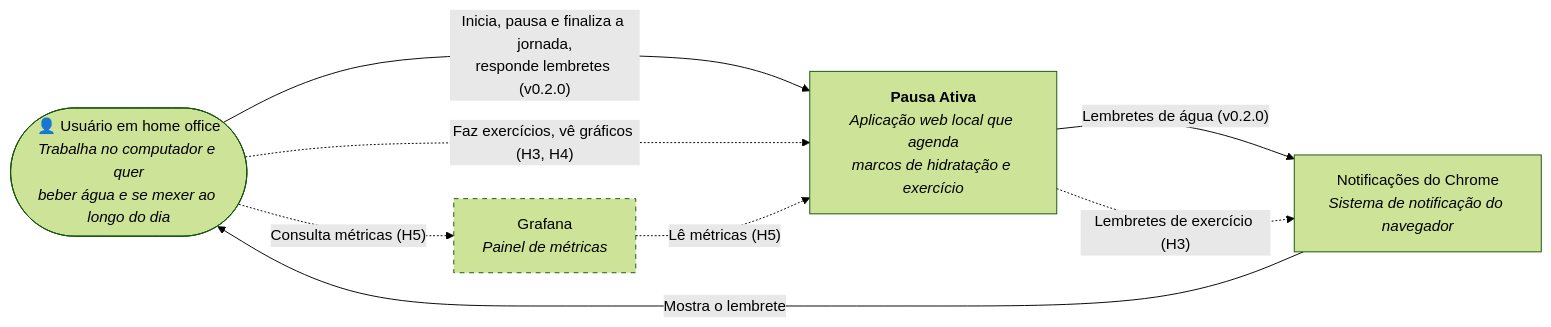
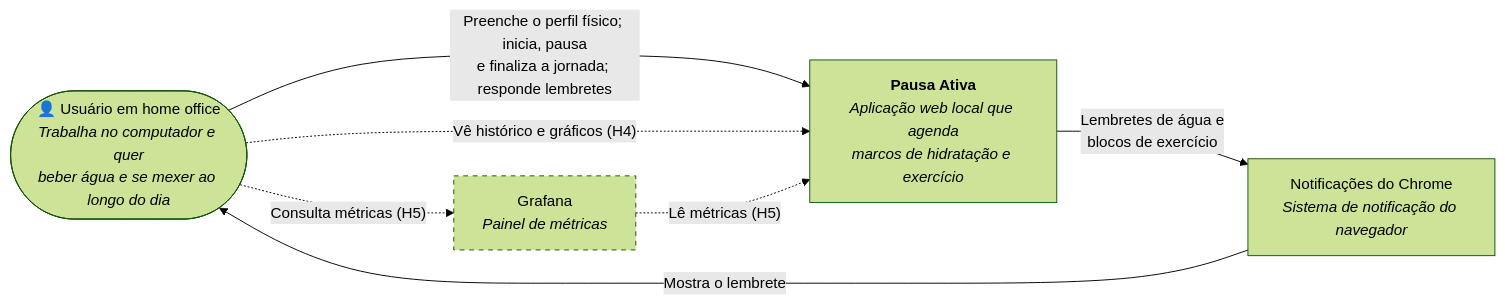
The diagram in docs/arquitetura/c4-1-contexto.md (lincolnnaraujo/pausa-ativa), drawn with Mermaid (forest theme) before and after one commit. The commit also changed other lines of this file and 12 other files, not shown here.

````diff
--- a/docs/arquitetura/c4-1-contexto.md
+++ b/docs/arquitetura/c4-1-contexto.md
@@ -5,18 +5,17 @@
 ```mermaid
 flowchart LR
     U(["👤 Usuário em home office<br/><i>Trabalha no computador e quer<br/>beber água e se mexer ao longo do dia</i>"])
     S["<b>Pausa Ativa</b><br/><i>Aplicação web local que agenda<br/>marcos de hidratação e exercício</i>"]
     N["Notificações do Chrome<br/><i>Sistema de notificação do navegador</i>"]
     G["Grafana<br/><i>Painel de métricas</i>"]
 
-    U -->|"Inicia, pausa e finaliza a jornada,<br/>responde lembretes (v0.2.0)"| S
-    U -.->|"Faz exercícios, vê gráficos (H3, H4)"| S
-    S -->|"Lembretes de água (v0.2.0)"| N
-    S -.->|"Lembretes de exercício (H3)"| N
+    U -->|"Preenche o perfil físico; inicia, pausa<br/>e finaliza a jornada; responde lembretes"| S
+    U -.->|"Vê histórico e gráficos (H4)"| S
+    S -->|"Lembretes de água e<br/>blocos de exercício"| N
     N -->|"Mostra o lembrete"| U
     U -.->|"Consulta métricas (H5)"| G
     G -.->|"Lê métricas (H5)"| S
 
     classDef futuro stroke-dasharray: 5 5
     class G futuro
 ```
````
